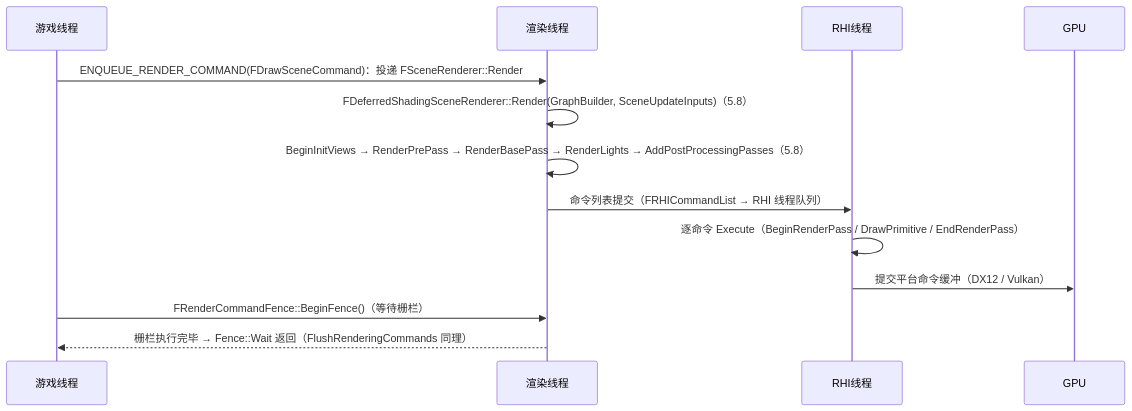
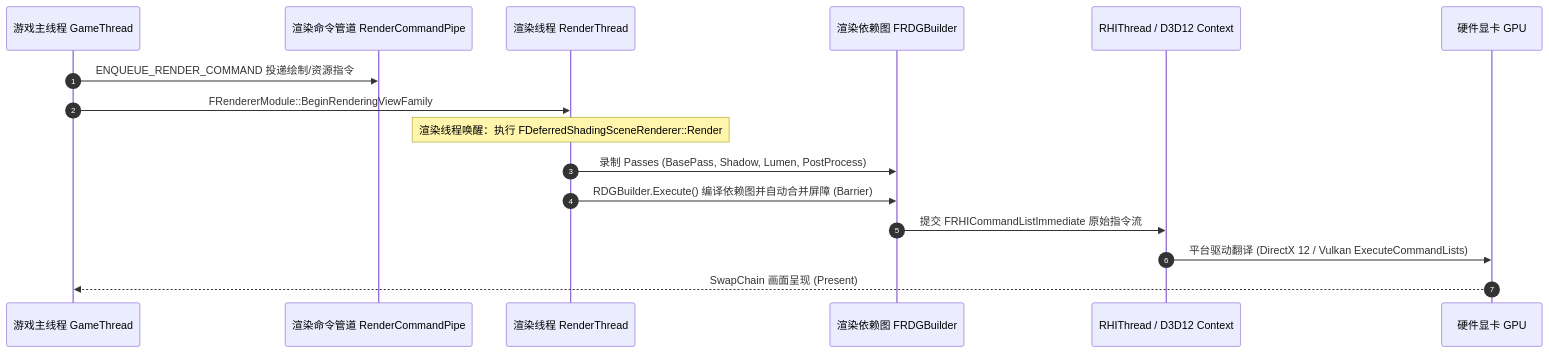
The diagram in 游戏知识/12-引擎源码分析/10-渲染线程与RHI源码.md (fantuan812/learning), drawn with Mermaid before and after one commit. The commit also changed other lines of this file and 25 other files, not shown here.

````diff
--- a/游戏知识/12-引擎源码分析/10-渲染线程与RHI源码.md
+++ b/游戏知识/12-引擎源码分析/10-渲染线程与RHI源码.md
@@ -323,15 +39,19 @@
 ```mermaid
 sequenceDiagram
-    participant G as 游戏线程
-    participant R as 渲染线程
-    participant H as RHI线程
-    participant GPU
-    G->>R: ENQUEUE_RENDER_COMMAND(FDrawSceneCommand)：投递 FSceneRenderer::Render
-    R->>R: FDeferredShadingSceneRenderer::Render(GraphBuilder, SceneUpdateInputs)（5.8）
-    R->>R: BeginInitViews → RenderPrePass → RenderBasePass → RenderLights → AddPostProcessingPasses（5.8）
-    R->>H: 命令列表提交（FRHICommandList → RHI 线程队列）
-    H->>H: 逐命令 Execute（BeginRenderPass / DrawPrimitive / EndRenderPass）
-    H->>GPU: 提交平台命令缓冲（DX12 / Vulkan）
-    G->>R: FRenderCommandFence::BeginFence()（等待栅栏）
-    R-->>G: 栅栏执行完毕 → Fence::Wait 返回（FlushRenderingCommands 同理）
+    autonumber
+    participant GT as 游戏主线程 GameThread
+    participant Pipe as 渲染命令管道 RenderCommandPipe
+    participant RT as 渲染线程 RenderThread
+    participant RDG as 渲染依赖图 FRDGBuilder
+    participant RHI as RHIThread / D3D12 Context
+    participant GPU as 硬件显卡 GPU
+
+    GT->>Pipe: ENQUEUE_RENDER_COMMAND 投递绘制/资源指令
+    GT->>RT: FRendererModule::BeginRenderingViewFamily
+    Note over RT: 渲染线程唤醒：执行 FDeferredShadingSceneRenderer::Render
+    RT->>RDG: 录制 Passes (BasePass, Shadow, Lumen, PostProcess)
+    RT->>RDG: RDGBuilder.Execute() 编译依赖图并自动合并屏障 (Barrier)
+    RDG->>RHI: 提交 FRHICommandListImmediate 原始指令流
+    RHI->>GPU: 平台驱动翻译 (DirectX 12 / Vulkan ExecuteCommandLists)
+    GPU-->>GT: SwapChain 画面呈现 (Present)
 ```
````
